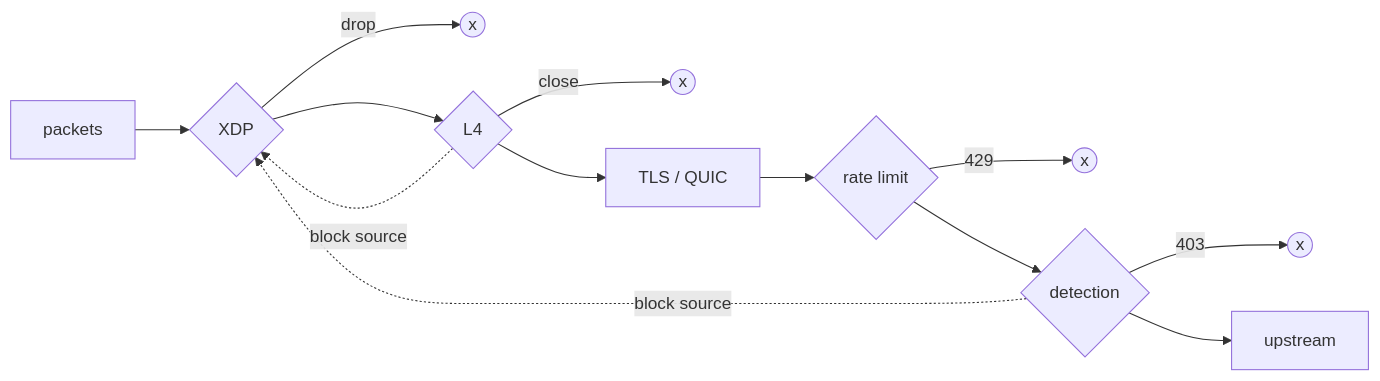
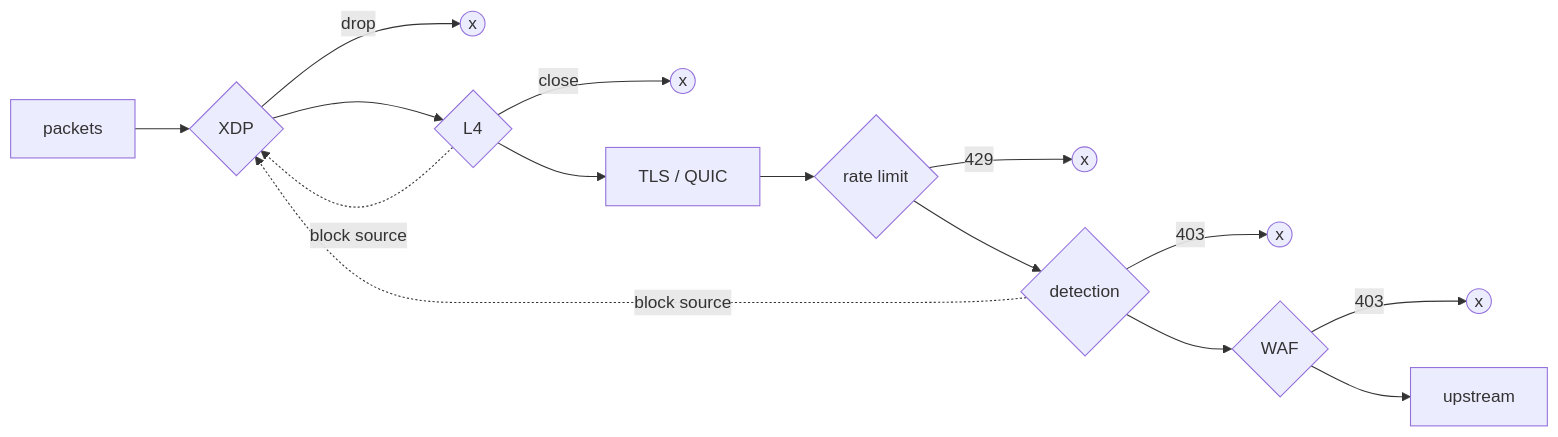
The diagram in README.md (franzramadhan/dvarapala), drawn with Mermaid before and after one commit. The commit also changed other lines of this file and 17 other files, not shown here.

````diff
--- a/README.md
+++ b/README.md
@@ -144,15 +146,17 @@
 ```mermaid
 flowchart LR
   P[packets] --> X{XDP}
   X -->|drop| D1((x))
   X --> L4{L4}
   L4 -->|close| D2((x))
   L4 --> T[TLS / QUIC]
   T --> R{rate limit}
   R -->|429| D3((x))
   R --> DT{detection}
   DT -->|403| D4((x))
-  DT --> U[upstream]
+  DT --> W{WAF}
+  W -->|403| D5((x))
+  W --> U[upstream]
   L4 -.->|block source| X
   DT -.->|block source| X
 ```
````
